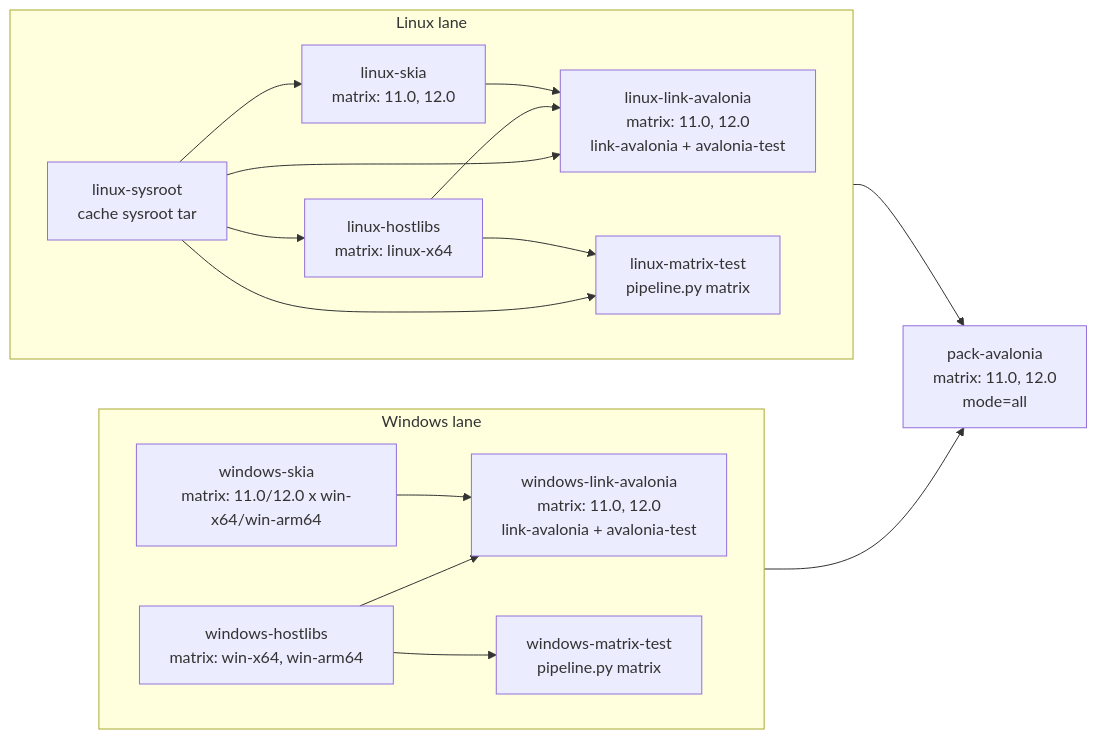
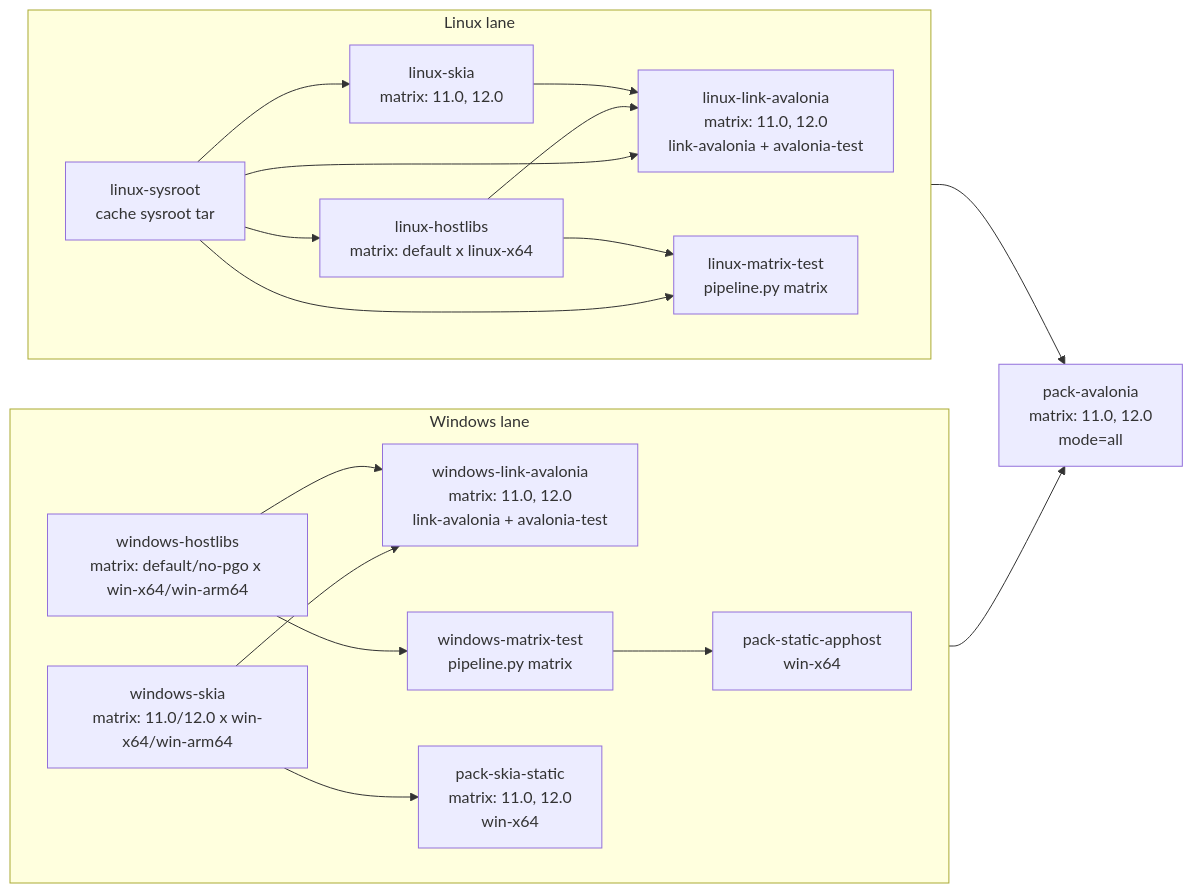
One commit to chsbuffer/HostForge changed the diagram in README.md. Above: the diagram before and after it, drawn with Mermaid. The commit also changed other lines of this file and 11 other files, not shown here.

Commit message:
Add no-pgo static apphost hostlibs flow

````diff
--- a/README.md
+++ b/README.md
@@ -20,36 +20,40 @@
 ```mermaid
 flowchart LR
     subgraph W["Windows lane"]
         direction LR
-        WH["windows-hostlibs<br/>matrix: win-x64, win-arm64"]
+        WH["windows-hostlibs<br/>matrix: default/no-pgo x win-x64/win-arm64"]
         WS["windows-skia<br/>matrix: 11.0/12.0 x win-x64/win-arm64"]
         WLA["windows-link-avalonia<br/>matrix: 11.0, 12.0<br/>link-avalonia + avalonia-test"]
         WM["windows-matrix-test<br/>pipeline.py matrix"]
+        WPS["pack-static-apphost<br/>win-x64"]
+        WPKS["pack-skia-static<br/>matrix: 11.0, 12.0<br/>win-x64"]
 
         WH --> WLA
         WS --> WLA
         WH --> WM
+        WM --> WPS
+        WS --> WPKS
     end
 
     subgraph L["Linux lane"]
         direction LR
         LSY["linux-sysroot<br/>cache sysroot tar"]
-        LH["linux-hostlibs<br/>matrix: linux-x64"]
+        LH["linux-hostlibs<br/>matrix: default x linux-x64"]
         LS["linux-skia<br/>matrix: 11.0, 12.0"]
         LLA["linux-link-avalonia<br/>matrix: 11.0, 12.0<br/>link-avalonia + avalonia-test"]
         LM["linux-matrix-test<br/>pipeline.py matrix"]
 
         LSY --> LH
         LSY --> LS
         LSY --> LLA
         LSY --> LM
         LH --> LLA
         LS --> LLA
         LH --> LM
     end
 
     PA["pack-avalonia<br/>matrix: 11.0, 12.0<br/>mode=all"]
 
     WLA --> PA
     LLA --> PA
 ```
````
